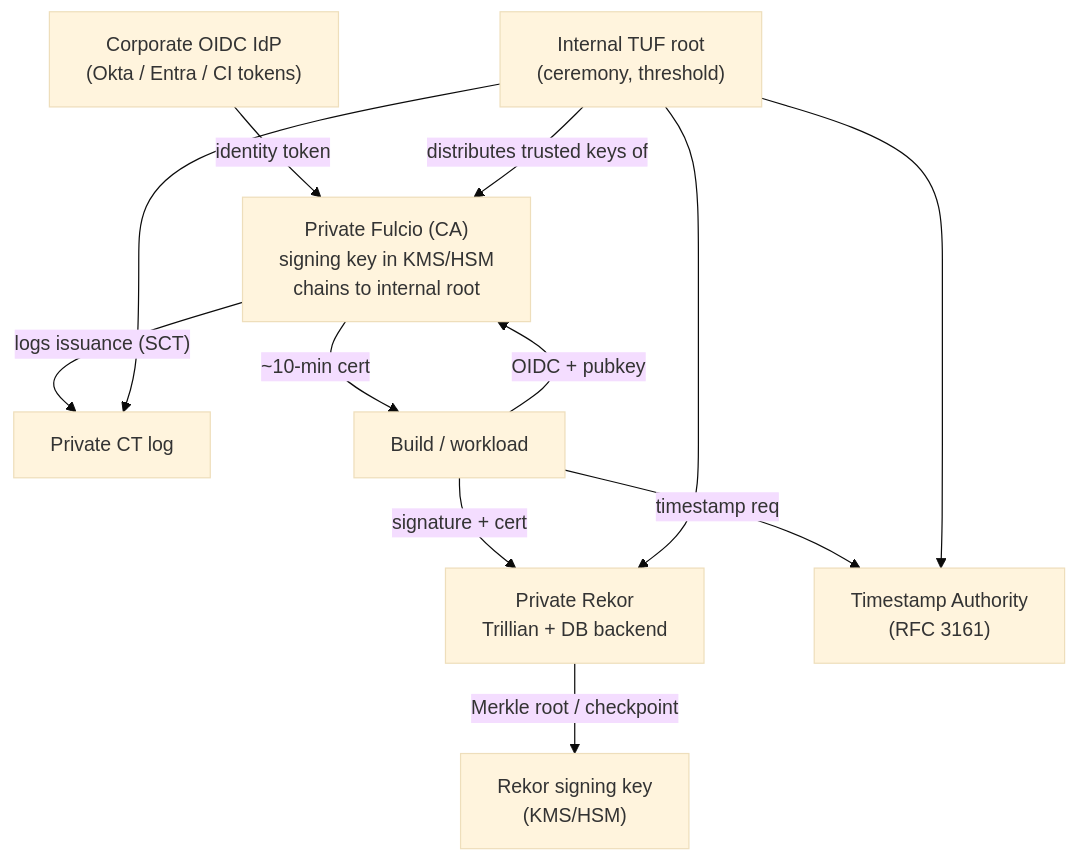
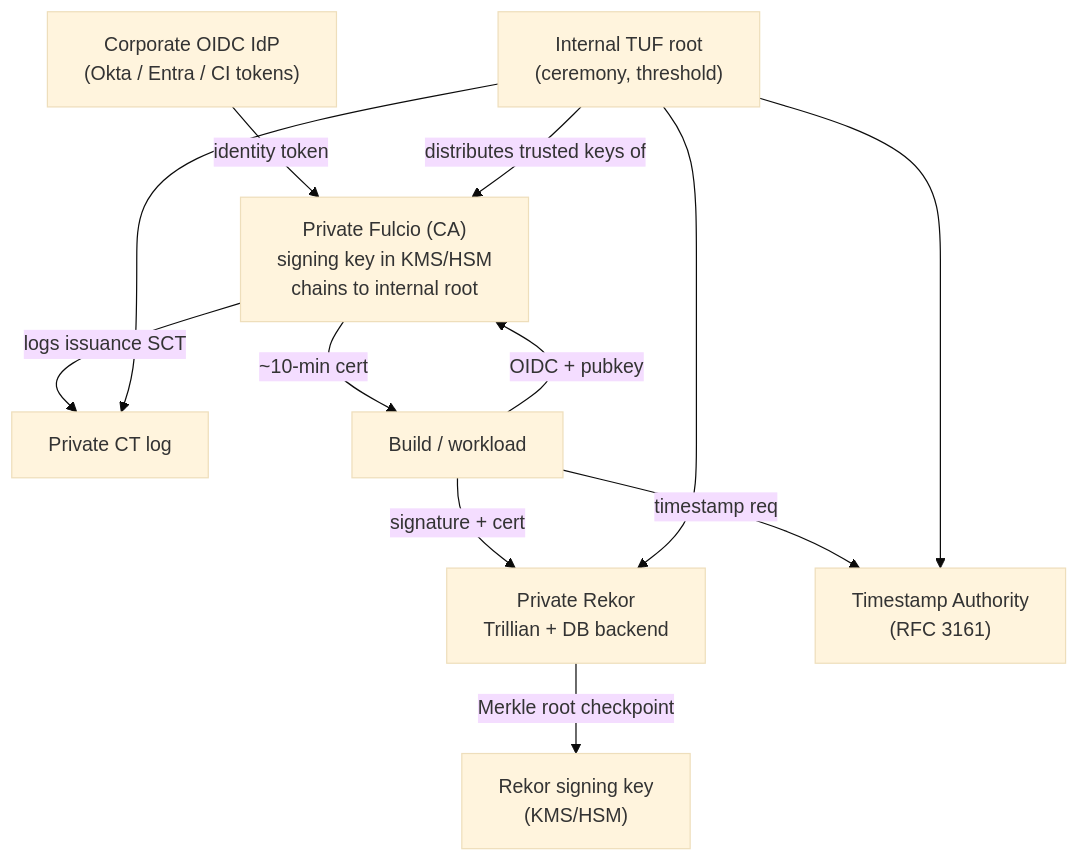
Before and after one commit to bumbsclaw/textbooks: the fifth of 7 diagrams in book-05-signing-attestation/ch09-key-management.md, drawn with Mermaid (base theme). The commit also changed other lines of this file and 173 other files, not shown here.

First line of the commit message:
fix(mermaid): close note brackets, semicolons in Notes, stateDiagram br -> dash, edge parens

````diff
--- a/book-05-signing-attestation/ch09-key-management.md
+++ b/book-05-signing-attestation/ch09-key-management.md
@@ -558,14 +558,14 @@
 ```mermaid
 flowchart TD
   IDP["Corporate OIDC IdP<br/>(Okta / Entra / CI tokens)"] -->|"identity token"| FUL["Private Fulcio (CA)<br/>signing key in KMS/HSM<br/>chains to internal root"]
-  FUL -->|"logs issuance (SCT)"| CT["Private CT log"]
+  FUL -->|"logs issuance SCT "| CT["Private CT log"]
   BUILD["Build / workload"] -->|"OIDC + pubkey"| FUL
   FUL -->|"~10-min cert"| BUILD
   BUILD -->|"signature + cert"| REK["Private Rekor<br/>Trillian + DB backend"]
   BUILD -->|"timestamp req"| TSA["Timestamp Authority<br/>(RFC 3161)"]
   TUF["Internal TUF root<br/>(ceremony, threshold)"] -->|"distributes trusted keys of"| FUL
   TUF --> REK
   TUF --> CT
   TUF --> TSA
-  REK -->|"Merkle root / checkpoint"| KMS2["Rekor signing key<br/>(KMS/HSM)"]
+  REK -->|"Merkle root checkpoint"| KMS2["Rekor signing key<br/>(KMS/HSM)"]
 ```
````
